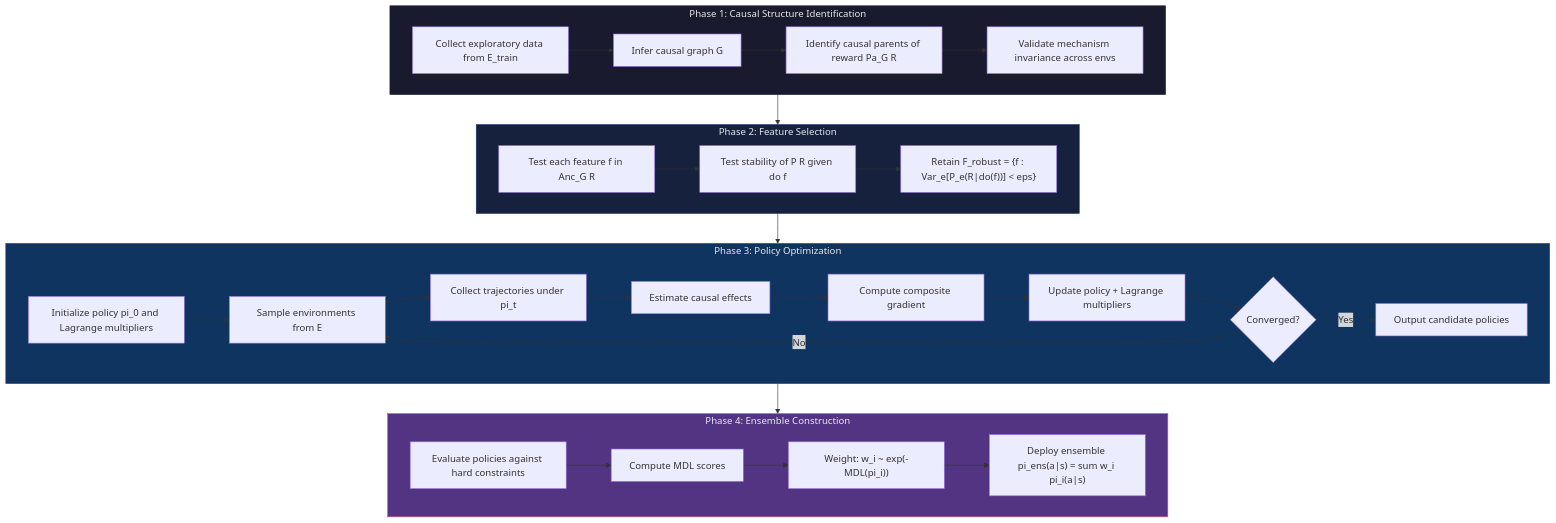
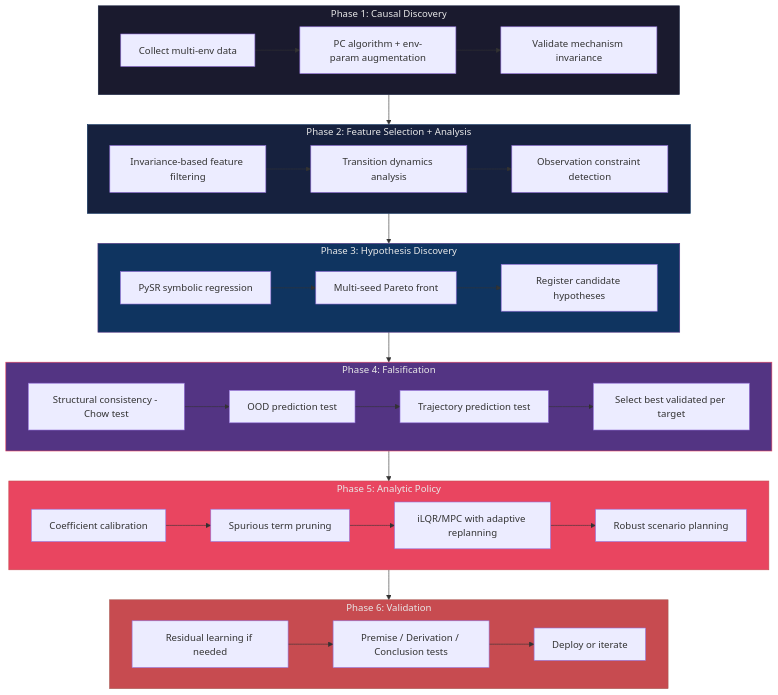
Before and after one commit to AlessandroFlati/CIRC-RL: the diagram in README.md, drawn with Mermaid. The commit also changed other lines of this file and 44 other files, not shown here.

First line of the commit message:
feat(analytic_policy): implement Section 7.2 algorithmic improvements and Pendulum benchmark

````diff
--- a/README.md
+++ b/README.md
@@ -38,39 +54,47 @@
 ```mermaid
 flowchart TD
-    subgraph Phase1["Phase 1: Causal Structure Identification"]
-        A1[Collect exploratory data from E_train] --> A2[Infer causal graph G]
-        A2 --> A3[Identify causal parents of reward Pa_G R]
-        A3 --> A4[Validate mechanism invariance across envs]
+    subgraph Phase1["Phase 1: Causal Discovery"]
+        A1[Collect multi-env data] --> A2[PC algorithm + env-param augmentation]
+        A2 --> A3[Validate mechanism invariance]
     end
 
-    subgraph Phase2["Phase 2: Feature Selection"]
-        B1[Test each feature f in Anc_G R] --> B2[Test stability of P R given do f]
-        B2 --> B3["Retain F_robust = {f : Var_e[P_e(R|do(f))] < eps}"]
+    subgraph Phase2["Phase 2: Feature Selection + Analysis"]
+        B1[Invariance-based feature filtering] --> B2[Transition dynamics analysis]
+        B2 --> B3[Observation constraint detection]
     end
 
-    subgraph Phase3["Phase 3: Policy Optimization"]
-        C1[Initialize policy pi_0 and Lagrange multipliers] --> C2[Sample environments from E]
-        C2 --> C3[Collect trajectories under pi_t]
-        C3 --> C4[Estimate causal effects]
-        C4 --> C5[Compute composite gradient]
-        C5 --> C6[Update policy + Lagrange multipliers]
-        C6 --> C7{Converged?}
-        C7 -- No --> C2
-        C7 -- Yes --> C8[Output candidate policies]
+    subgraph Phase3["Phase 3: Hypothesis Discovery"]
+        C1[PySR symbolic regression] --> C2[Multi-seed Pareto front]
+        C2 --> C3[Register candidate hypotheses]
     end
 
-    subgraph Phase4["Phase 4: Ensemble Construction"]
-        D1[Evaluate policies against hard constraints] --> D2[Compute MDL scores]
-        D2 --> D3["Weight: w_i ~ exp(-MDL(pi_i))"]
-        D3 --> D4["Deploy ensemble pi_ens(a|s) = sum w_i pi_i(a|s)"]
+    subgraph Phase4["Phase 4: Falsification"]
+        D1[Structural consistency - Chow test] --> D2[OOD prediction test]
+        D2 --> D3[Trajectory prediction test]
+        D3 --> D4[Select best validated per target]
+    end
+
+    subgraph Phase5["Phase 5: Analytic Policy"]
+        E1[Coefficient calibration] --> E2[Spurious term pruning]
+        E2 --> E3[iLQR/MPC with adaptive replanning]
+        E3 --> E4[Robust scenario planning]
+    end
+
+    subgraph Phase6["Phase 6: Validation"]
+        F1[Residual learning if needed] --> F2[Premise / Derivation / Conclusion tests]
+        F2 --> F3[Deploy or iterate]
     end
 
     Phase1 --> Phase2
     Phase2 --> Phase3
     Phase3 --> Phase4
+    Phase4 --> Phase5
+    Phase5 --> Phase6
 
     style Phase1 fill:#1a1a2e,stroke:#16213e,color:#e8e8e8
     style Phase2 fill:#16213e,stroke:#0f3460,color:#e8e8e8
     style Phase3 fill:#0f3460,stroke:#533483,color:#e8e8e8
     style Phase4 fill:#533483,stroke:#e94560,color:#e8e8e8
+    style Phase5 fill:#e94560,stroke:#c74b50,color:#e8e8e8
+    style Phase6 fill:#c74b50,stroke:#a85751,color:#e8e8e8
 ```
````
